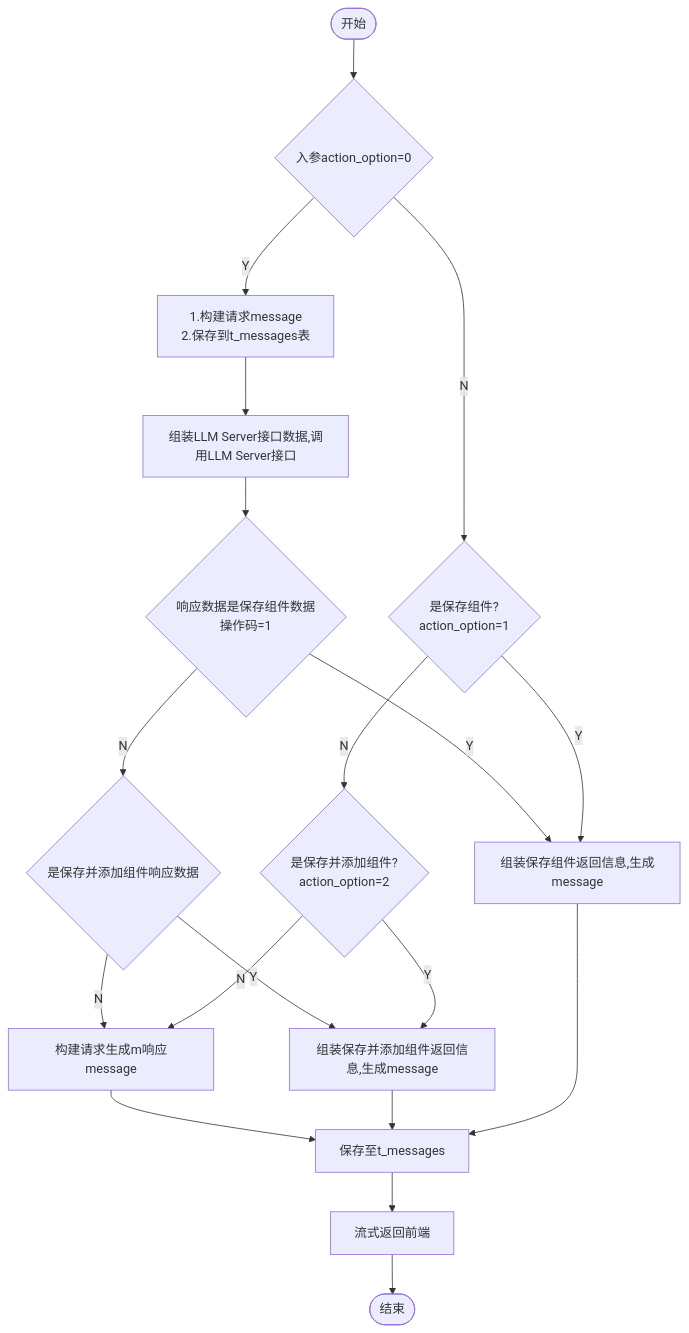
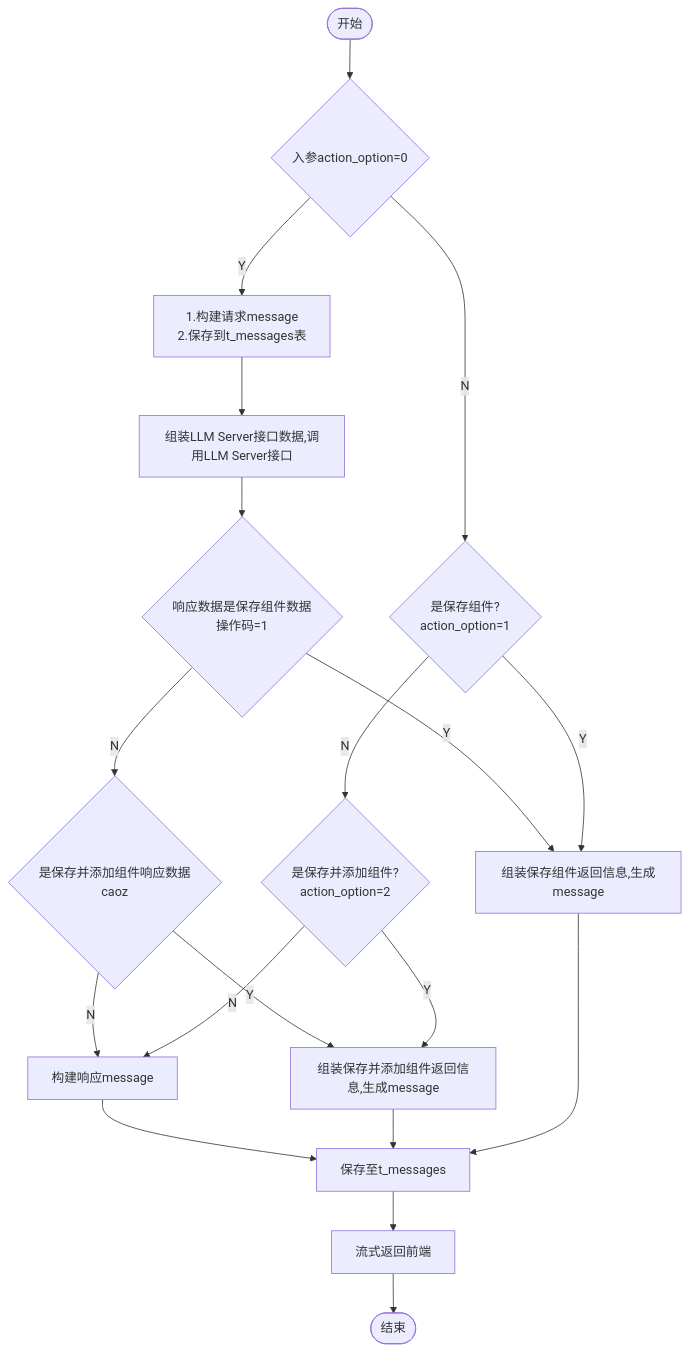
The diagram in all/添加保存组件.md (yingjianzh/iodraw-files), drawn with Mermaid before and after one commit.

Commit message:
2024-10-15 15:32:13 update

````diff
--- a/all/添加保存组件.md
+++ b/all/添加保存组件.md
@@ -1,24 +1,24 @@
 ```mermaid
 flowchart TD
     A([开始]) --> B{入参action_option=0}
     B -- Y --> ReqMessage[1.构建请求message \n 2.保存到t_messages表]
     ReqMessage --> C[组装LLM Server接口数据,调用LLM Server接口]
     C --> E{响应数据是保存组件数据 \n 操作码=1}
     B -- N --> D{是保存组件? \n action_option=1}
     D -- N --> J{是保存并添加组件? \n action_option=2}
 
-    E -- N --> L{是保存并添加组件响应数据}
+    E -- N --> L{是保存并添加组件响应数据 \n caoz}
     E -- Y --> F[组装保存组件返回信息,生成message]
     
-    L -- N --> R[构建请求生成m响应message]
+    L -- N --> R[构建响应message]
     R --> G
     L -- Y --> K
     D -- Y --> F
     
     J -- Y --> K[组装保存并添加组件返回信息,生成message]
     K --> G
     J -- N --> R
     F --> G[保存至t_messages]
     G --> H[流式返回前端]
     H --> I([结束])
 ```
````
